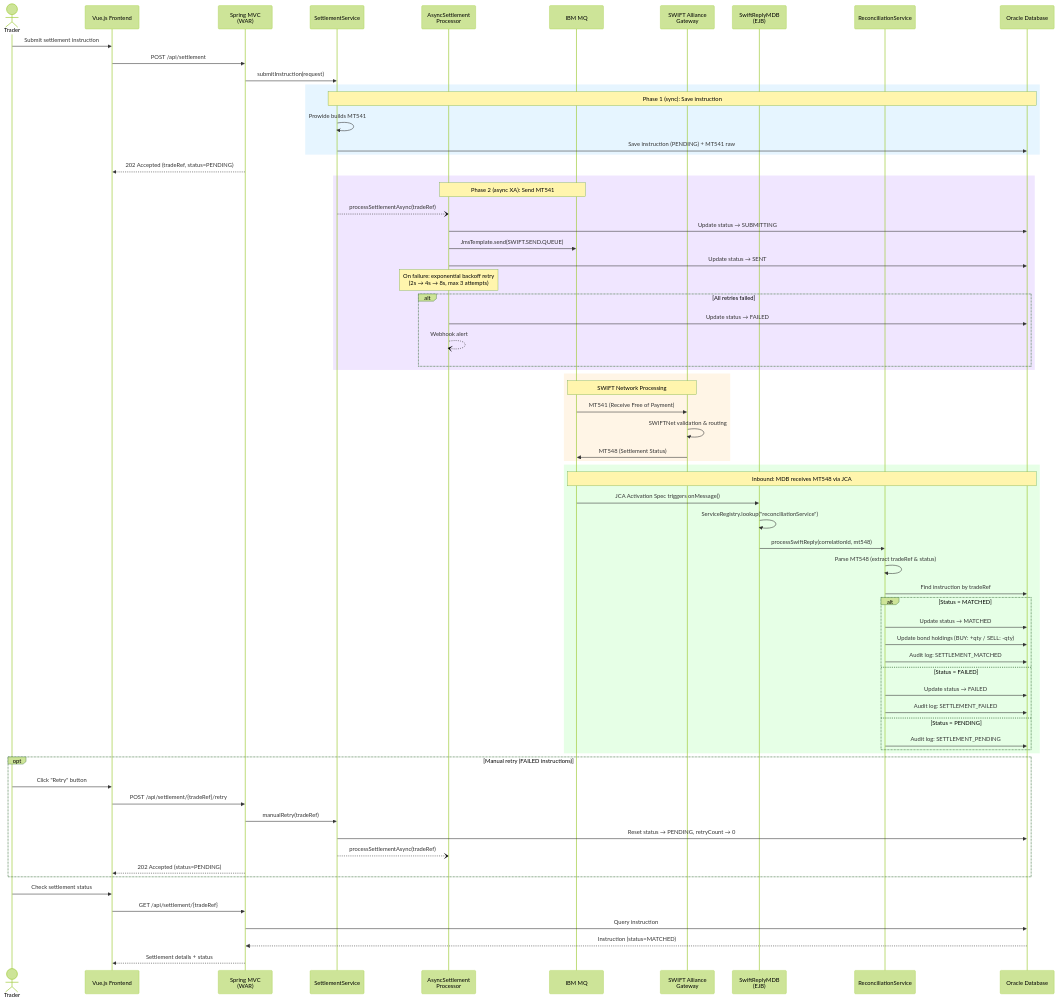
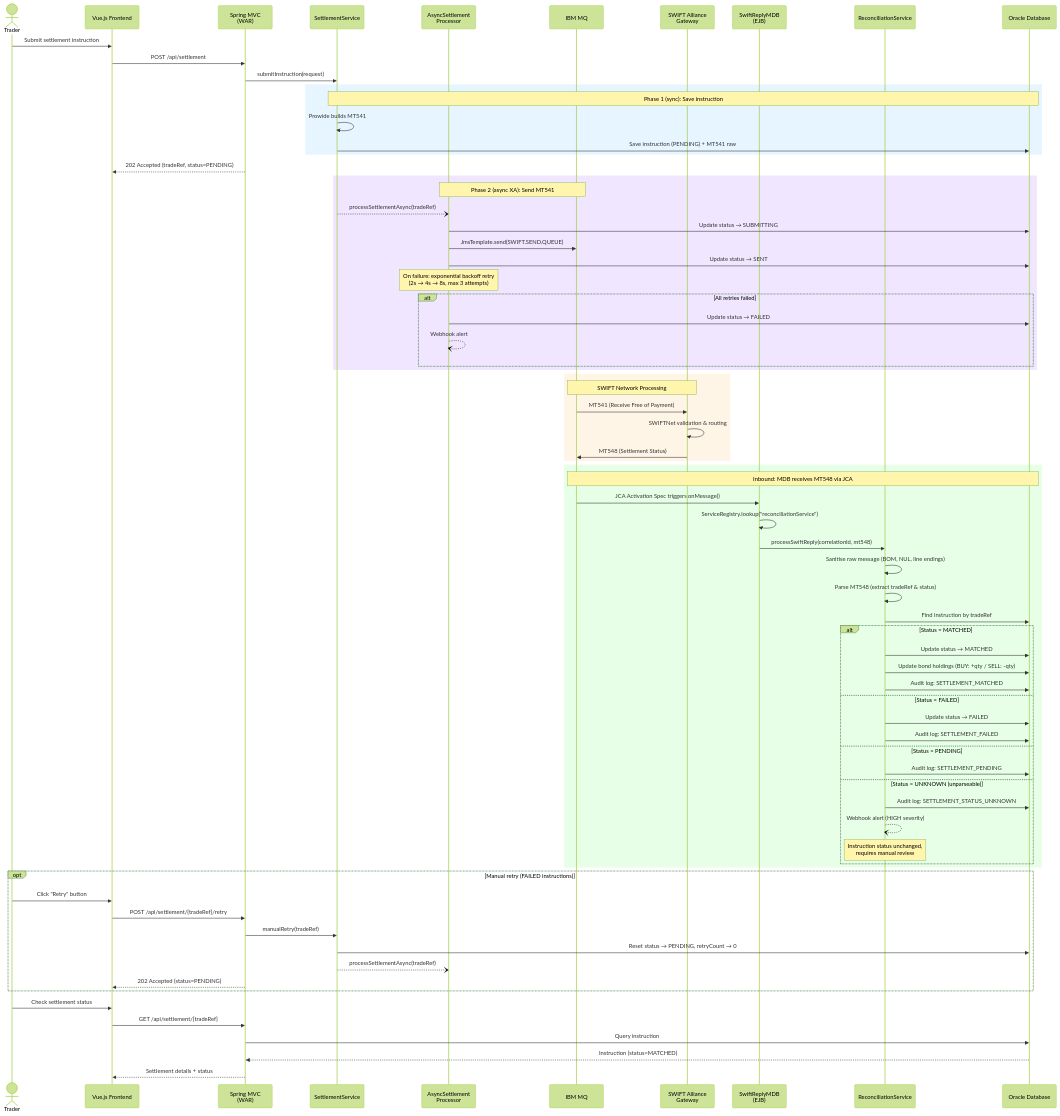
The first of 3 diagrams in README.md (vonsylvia/my-bond-settlement-system), drawn with Mermaid (forest theme) before and after one commit. The commit also changed other lines of this file and 11 other files, not shown here.

Commit message:
feat: sanitise swift message and handle unknown status

```diff
--- a/README.md
+++ b/README.md
@@ -78,6 +78,7 @@
         MQ->>MDB: JCA Activation Spec triggers onMessage()
         MDB->>MDB: ServiceRegistry.lookup("reconciliationService")
         MDB->>REC: processSwiftReply(correlationId, mt548)
+        REC->>REC: Sanitise raw message (BOM, NUL, line endings)
         REC->>REC: Parse MT548 (extract tradeRef & status)
         REC->>DB: Find instruction by tradeRef
         alt Status = MATCHED
@@ -89,6 +90,10 @@
             REC->>DB: Audit log: SETTLEMENT_FAILED
         else Status = PENDING
             REC->>DB: Audit log: SETTLEMENT_PENDING
+        else Status = UNKNOWN (unparseable)
+            REC->>DB: Audit log: SETTLEMENT_STATUS_UNKNOWN
+            REC--)REC: Webhook alert (HIGH severity)
+            Note over REC: Instruction status unchanged,<br/>requires manual review
         end
     end
 
```
